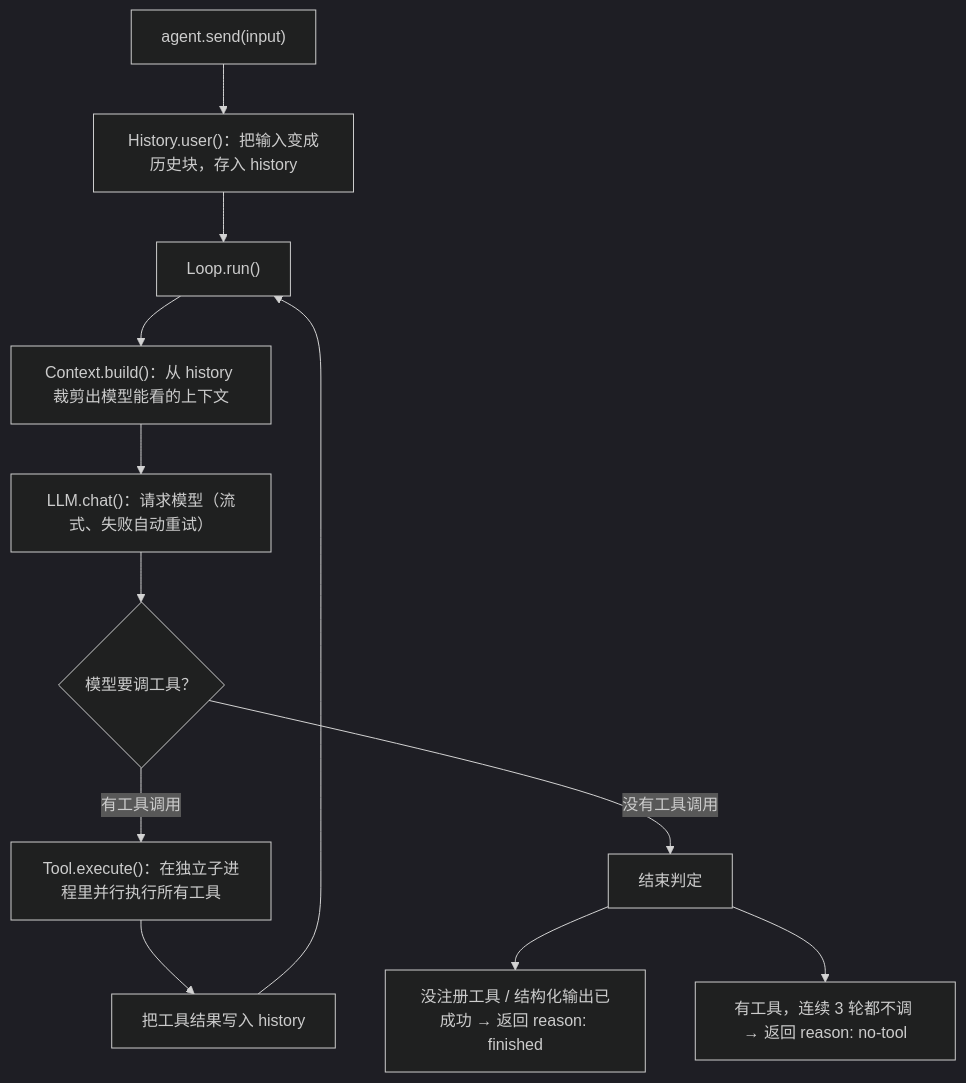
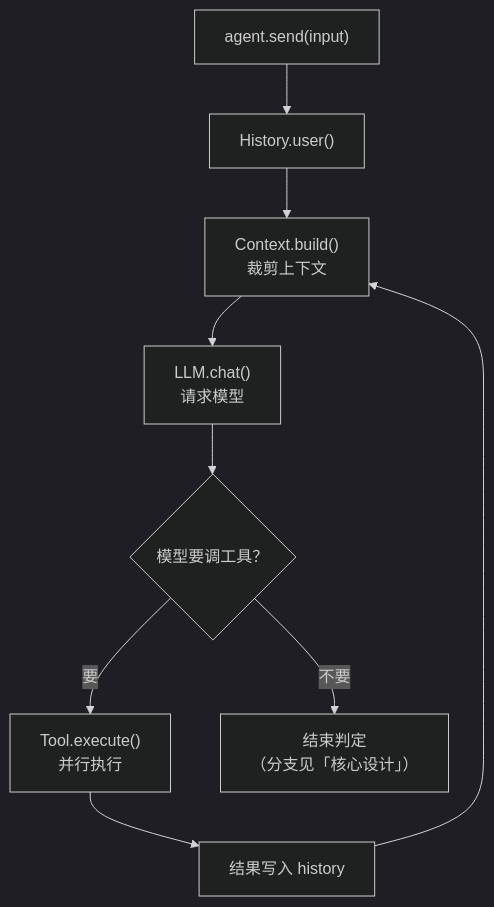
One commit to Mixdoo/agent-core changed the fourth of 4 diagrams in README.md. Above: the diagram before and after it, drawn with Mermaid (dark theme). The commit also changed other lines of this file and 1 other file, not shown here.

Commit message:
docs: 循环图展开结束判定的五个分支，节点标签换行防止截断 (0.21.3)

````diff
--- a/README.md
+++ b/README.md
@@ -362,14 +374,11 @@
 ```mermaid
 flowchart TD
-    send["agent.send(input)"] --> hu["History.user()：把输入变成历史块，存入 history"]
-    hu --> loop["Loop.run()"]
-    loop --> ctx["Context.build()：从 history 裁剪出模型能看的上下文"]
-    ctx --> llm["LLM.chat()：请求模型（流式、失败自动重试）"]
+    send["agent.send(input)"] --> hu["History.user()"]
+    hu --> ctx["Context.build()<br/>裁剪上下文"]
+    ctx --> llm["LLM.chat()<br/>请求模型"]
     llm --> q{"模型要调工具？"}
-    q -->|有工具调用| te["Tool.execute()：在独立子进程里并行执行所有工具"]
-    te --> wr["把工具结果写入 history"]
-    wr --> loop
-    q -->|没有工具调用| done["结束判定"]
-    done --> f1["没注册工具 / 结构化输出已成功 → 返回 reason: finished"]
-    done --> f2["有工具，连续 3 轮都不调 → 返回 reason: no-tool"]
+    q -->|要| te["Tool.execute()<br/>并行执行"]
+    te --> wr["结果写入 history"]
+    wr --> ctx
+    q -->|不要| done["结束判定<br/>（分支见「核心设计」）"]
 ```
````
